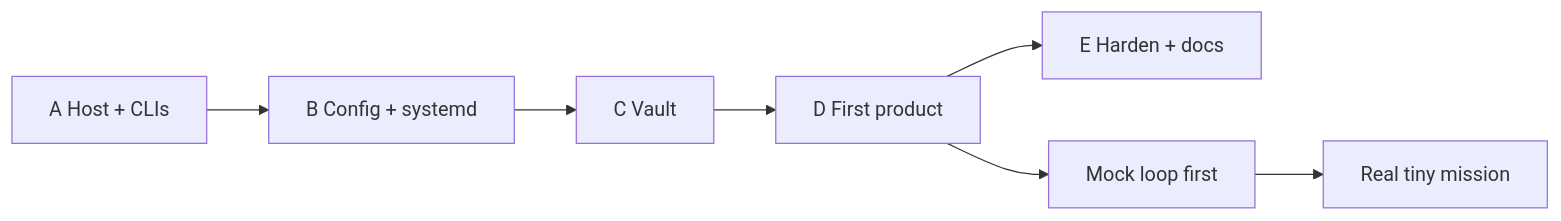
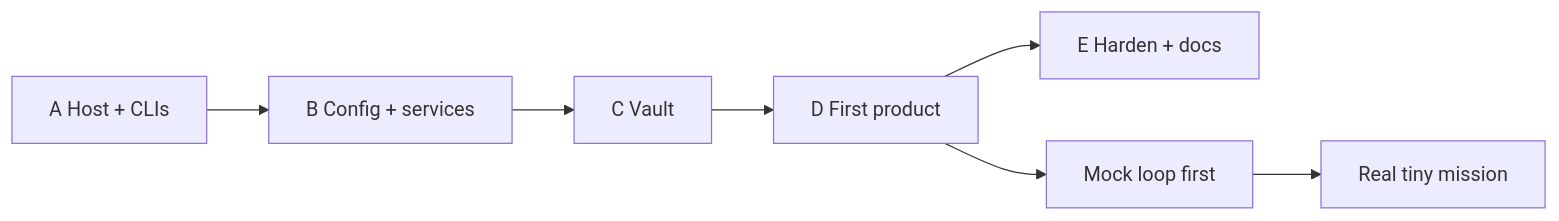
The seventh of 7 diagrams in apps/web/public/content/vibe-coding/ratchet-guide/diagrams.md (southu/vygo), drawn with Mermaid before and after one commit. The commit also changed other lines of this file and 42 other files, not shown here.

````diff
--- a/apps/web/public/content/vibe-coding/ratchet-guide/diagrams.md
+++ b/apps/web/public/content/vibe-coding/ratchet-guide/diagrams.md
@@ -188,9 +170,9 @@
 ```mermaid
 flowchart LR
-  A[A Host + CLIs] --> B[B Config + systemd]
+  A[A Host + CLIs] --> B[B Config + services]
   B --> C[C Vault]
   C --> D[D First product]
   D --> E[E Harden + docs]
   D --> M[Mock loop first]
   M --> Real[Real tiny mission]
 ```
````
